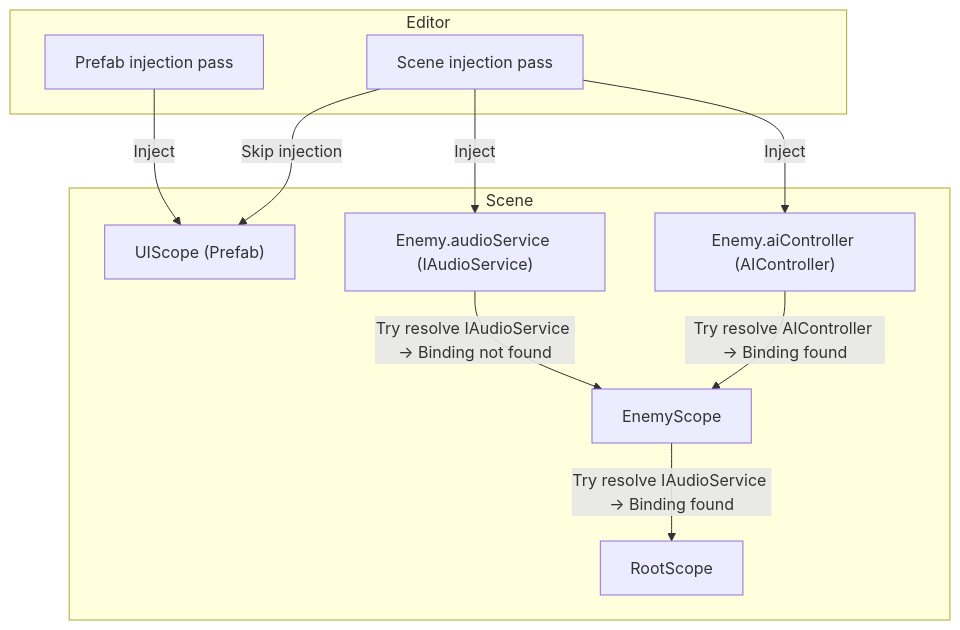
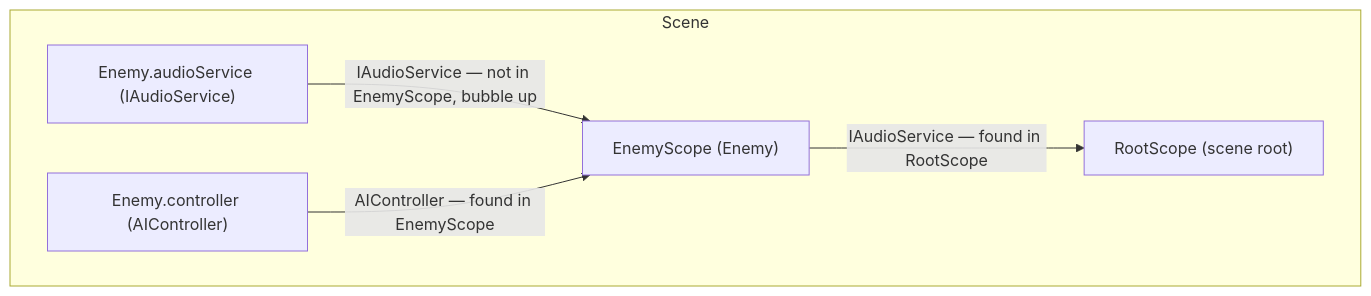
Before and after one commit to alexanderlarsen/Saneject: the diagram in Docs/articles/core-concepts/scopes.md, drawn with Mermaid. The commit also changed other lines of this file and 18 other files, not shown here.

````diff
--- a/Docs/articles/core-concepts/scopes.md
+++ b/Docs/articles/core-concepts/scopes.md
@@ -14,17 +31,13 @@
 ```mermaid
 flowchart TD
-  subgraph Editor
-    PrefabDI["Prefab injection pass"]
-    DI["Scene injection pass"]
+  subgraph Scene
+    RootScope["RootScope (scene root)"]
+    EnemyScope["EnemyScope (Enemy)"]
+    Enemy_audioService["Enemy.audioService (IAudioService)"]
+    Enemy_controller["Enemy.controller (AIController)"]
   end
 
-  subgraph Scene
-    PrefabDI -->|Inject| UIScope["UIScope (Prefab)"]
-    DI -->|Skip injection| UIScope
-    DI -->|Inject| EnemyAudioService["Enemy.audioService (IAudioService)"]
-    DI -->|Inject| EnemyAIController["Enemy.aiController (AIController)"]
-    EnemyAudioService -->|"Try resolve IAudioService → Binding not found"| EnemyScope
-    EnemyAIController -->|"Try resolve AIController → Binding found"| EnemyScope
-    EnemyScope -->|"Try resolve IAudioService → Binding found"| RootScope
-  end
+  Enemy_audioService -->|"IAudioService — not in EnemyScope, bubble up"| EnemyScope
+  EnemyScope -->|"IAudioService — found in RootScope"| RootScope
+  Enemy_controller -->|"AIController — found in EnemyScope"| EnemyScope
 ```
````
